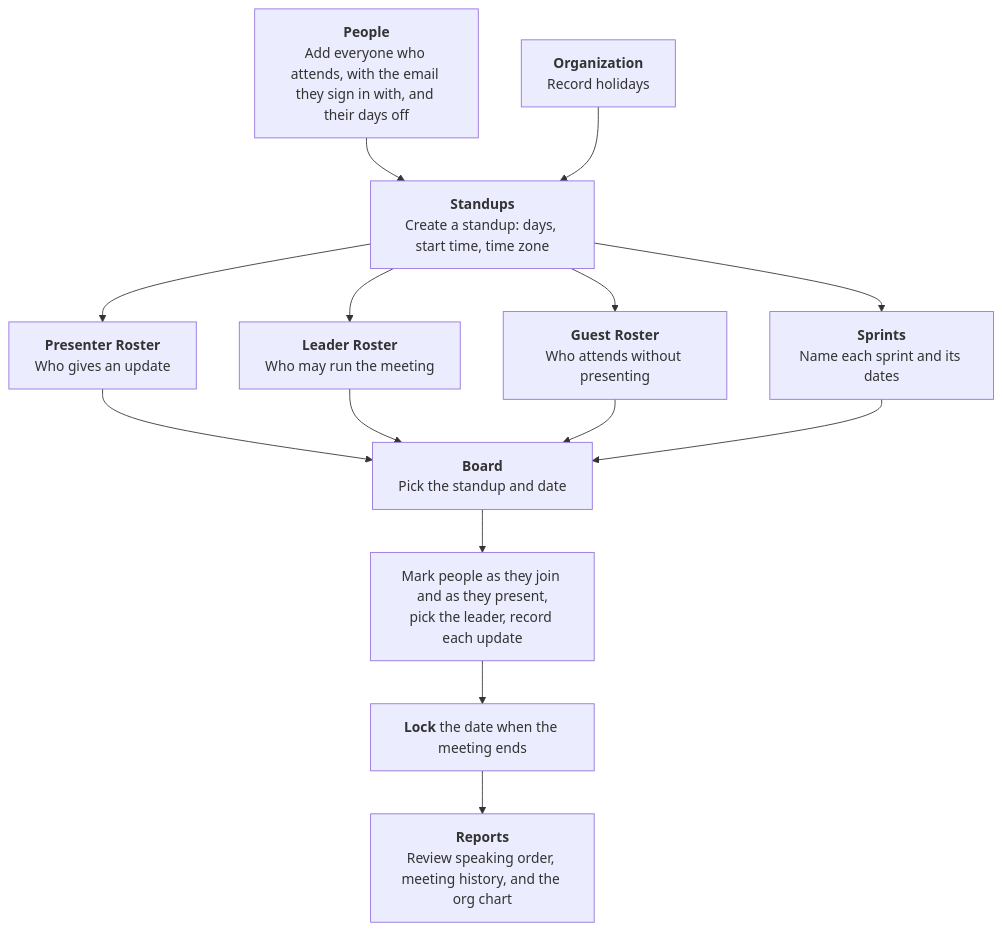
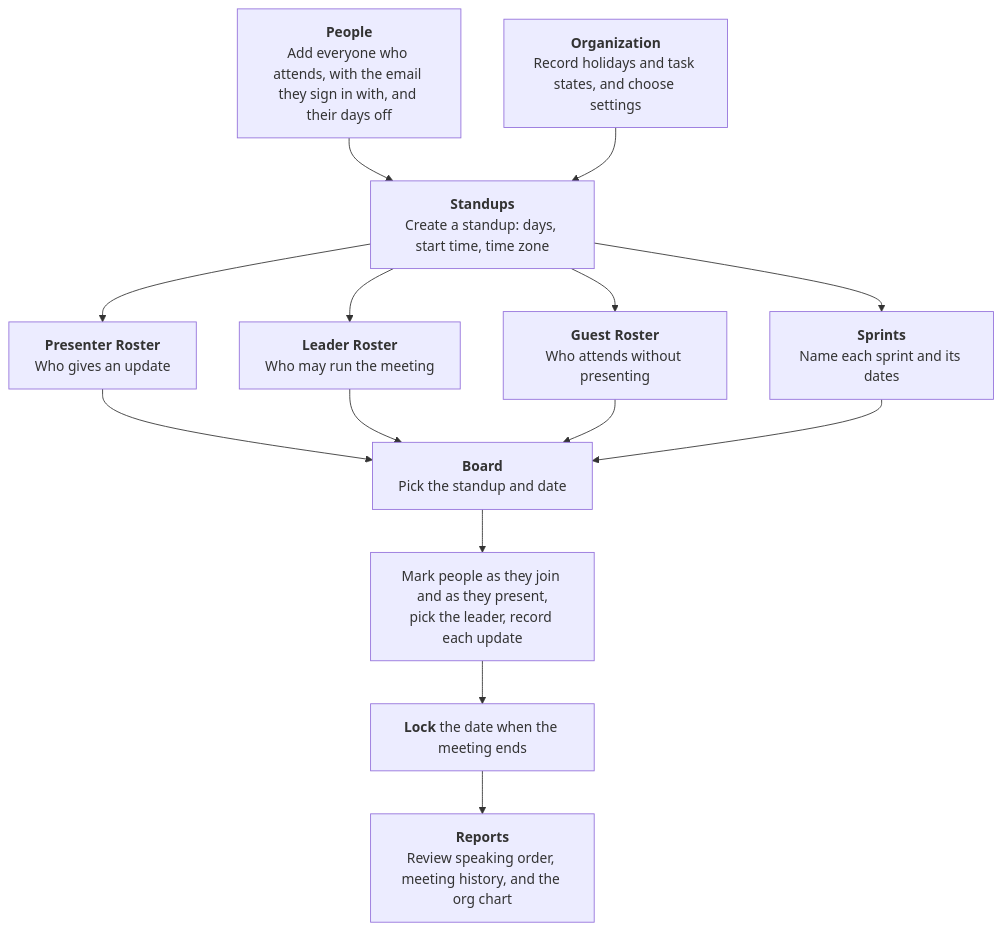
One commit to geekfog/StandFast changed the first of 3 diagrams in README.md. Above: the diagram before and after it, drawn with Mermaid. The commit also changed other lines of this file and 52 other files, not shown here.

````diff
--- a/README.md
+++ b/README.md
@@ -53,26 +56,26 @@
 ```mermaid
 flowchart TB
     People["<b>People</b><br/>Add everyone who attends, with the email they sign in with, and their days off"]
-    Organization["<b>Organization</b><br/>Record holidays"]
+    Organization["<b>Organization</b><br/>Record holidays and task states, and choose settings"]
     Standup["<b>Standups</b><br/>Create a standup: days, start time, time zone"]
     Presenters["<b>Presenter Roster</b><br/>Who gives an update"]
     Leaders["<b>Leader Roster</b><br/>Who may run the meeting"]
     Guests["<b>Guest Roster</b><br/>Who attends without presenting"]
     Sprints["<b>Sprints</b><br/>Name each sprint and its dates"]
     Board["<b>Board</b><br/>Pick the standup and date"]
     Run["Mark people as they join and as they present,<br/>pick the leader, record each update"]
     Lock["<b>Lock</b> the date when the meeting ends"]
     Reports["<b>Reports</b><br/>Review speaking order, meeting history, and the org chart"]
 
     People --> Standup
     Organization --> Standup
     Standup --> Presenters
     Standup --> Leaders
     Standup --> Guests
     Standup --> Sprints
     Presenters --> Board
     Leaders --> Board
     Guests --> Board
     Sprints --> Board
     Board --> Run --> Lock --> Reports
 ```
````
